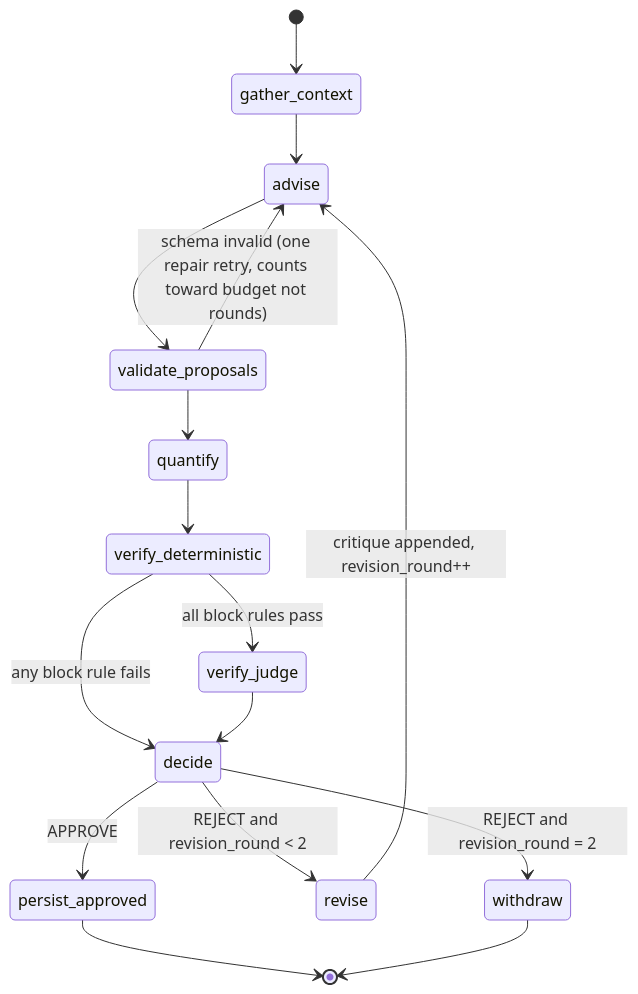
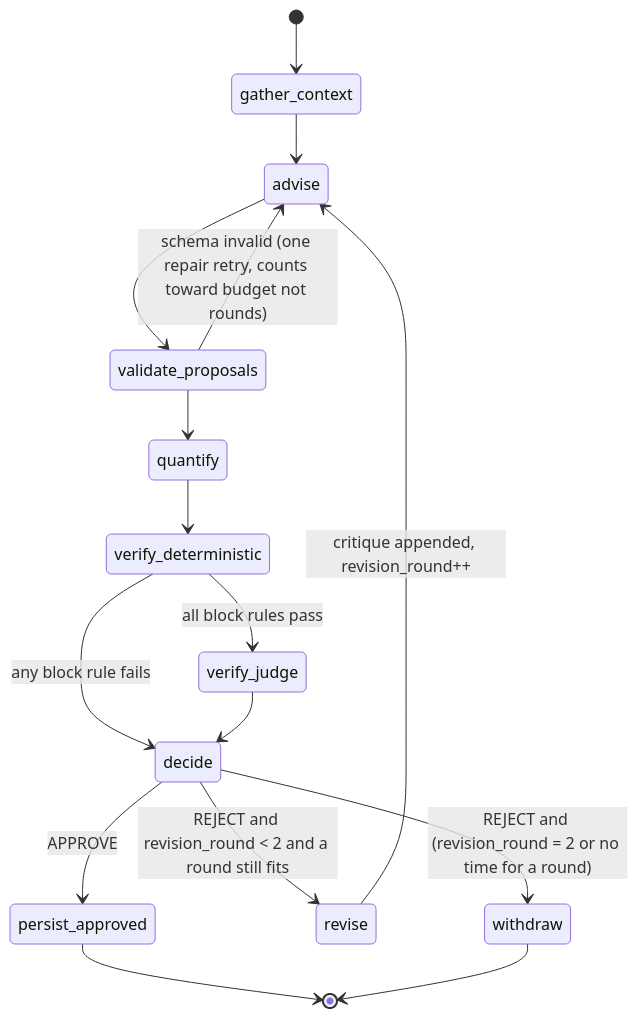
The fourth of 6 diagrams in docs/06-AGENT-ORCHESTRATION.md (olaheavy-dev/Foresight), drawn with Mermaid before and after one commit. The commit also changed other lines of this file and 114 other files, not shown here.

````diff
--- a/docs/06-AGENT-ORCHESTRATION.md
+++ b/docs/06-AGENT-ORCHESTRATION.md
@@ -495,18 +495,18 @@
 ```mermaid
 stateDiagram-v2
     [*] --> gather_context
     gather_context --> advise
     advise --> validate_proposals
     validate_proposals --> advise: schema invalid (one repair retry, counts toward budget not rounds)
     validate_proposals --> quantify
     quantify --> verify_deterministic
     verify_deterministic --> verify_judge: all block rules pass
     verify_deterministic --> decide: any block rule fails
     verify_judge --> decide
     decide --> persist_approved: APPROVE
-    decide --> revise: REJECT and revision_round < 2
-    decide --> withdraw: REJECT and revision_round = 2
+    decide --> revise: REJECT and revision_round < 2 and a round still fits
+    decide --> withdraw: REJECT and (revision_round = 2 or no time for a round)
     revise --> advise: critique appended, revision_round++
     persist_approved --> [*]
     withdraw --> [*]
 ```
````
